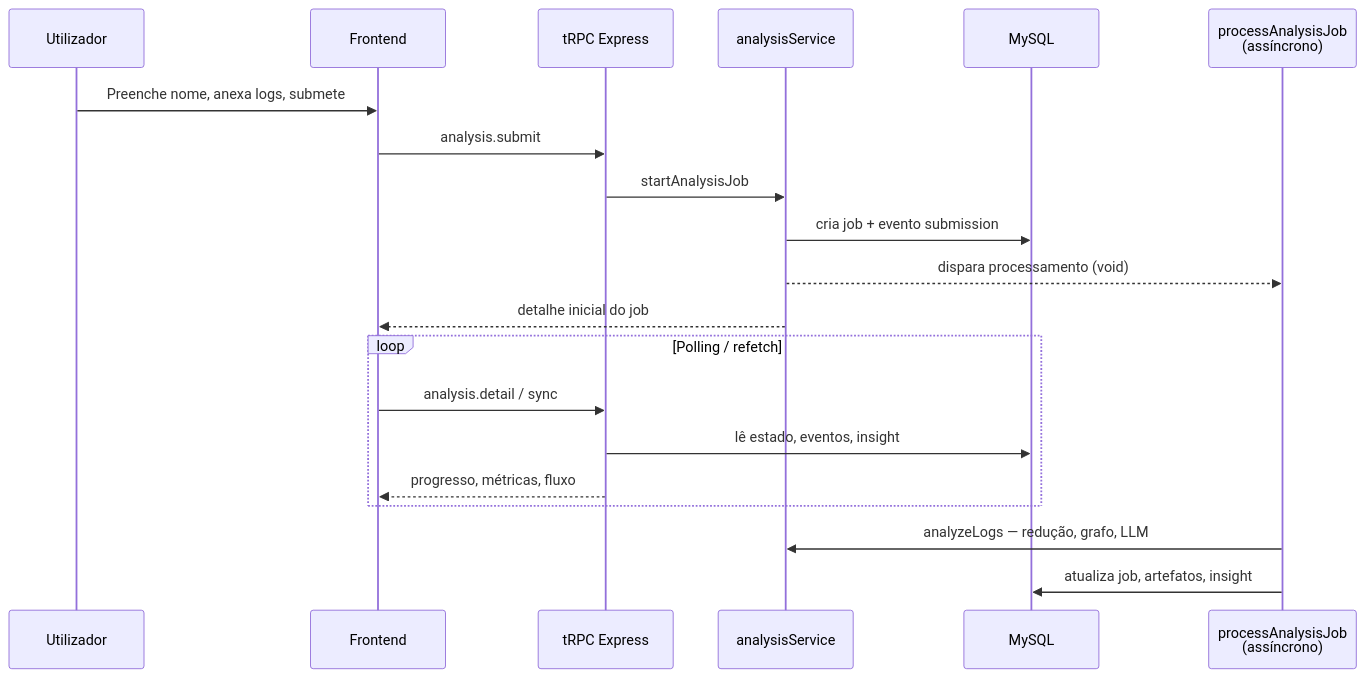
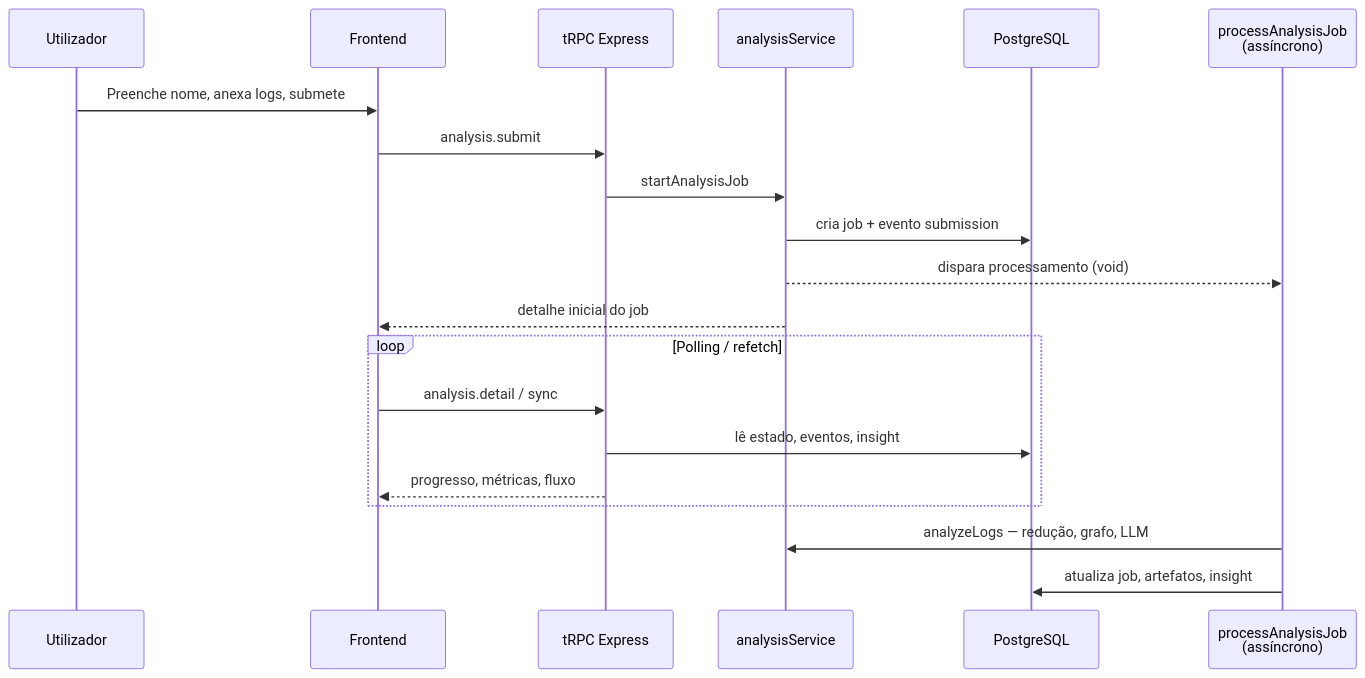
One commit to margefson/AI_correlacion_contradef changed the third of 3 diagrams in docs/MANUAL_COMPLETO_SISTEMA.md. Above: the diagram before and after it, drawn with Mermaid. The commit also changed other lines of this file and 23 other files, not shown here.

First line of the commit message:
feat(db): PostgreSQL (Drizzle + pg) em vez de MySQL; docs e Render

````diff
--- a/docs/MANUAL_COMPLETO_SISTEMA.md
+++ b/docs/MANUAL_COMPLETO_SISTEMA.md
@@ -151,23 +151,23 @@
 ```mermaid
 sequenceDiagram
   participant U as Utilizador
   participant FE as Frontend
   participant TRPC as tRPC Express
   participant SVC as analysisService
-  participant DB as MySQL
+  participant DB as PostgreSQL
   participant BG as processAnalysisJob<br/>(assíncrono)
 
   U->>FE: Preenche nome, anexa logs, submete
   FE->>TRPC: analysis.submit
   TRPC->>SVC: startAnalysisJob
   SVC->>DB: cria job + evento submission
   SVC-->>BG: dispara processamento (void)
   SVC-->>FE: detalhe inicial do job
   loop Polling / refetch
     FE->>TRPC: analysis.detail / sync
     TRPC->>DB: lê estado, eventos, insight
     TRPC-->>FE: progresso, métricas, fluxo
   end
   BG->>SVC: analyzeLogs — redução, grafo, LLM
   BG->>DB: atualiza job, artefatos, insight
 ```
````
